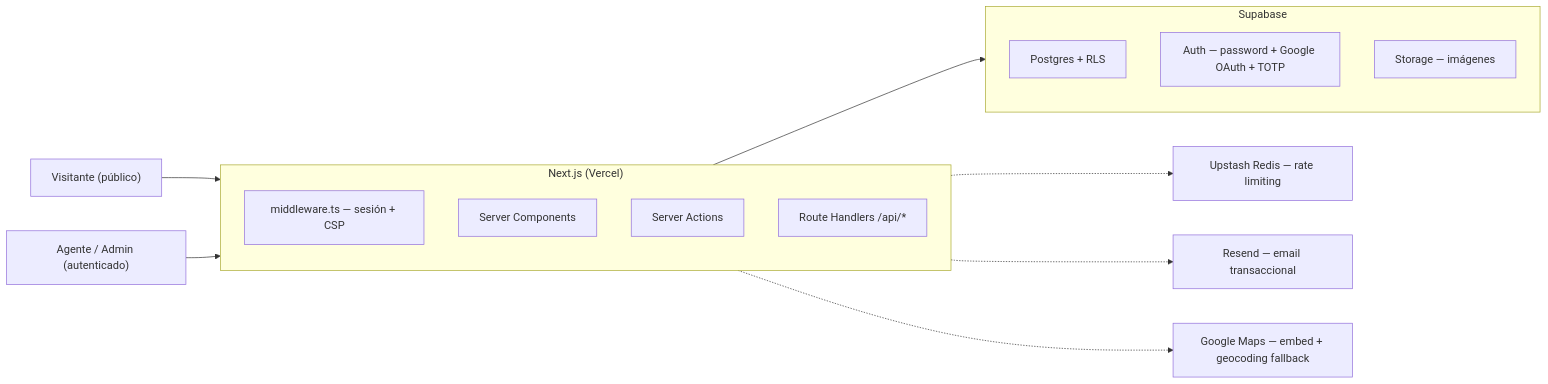
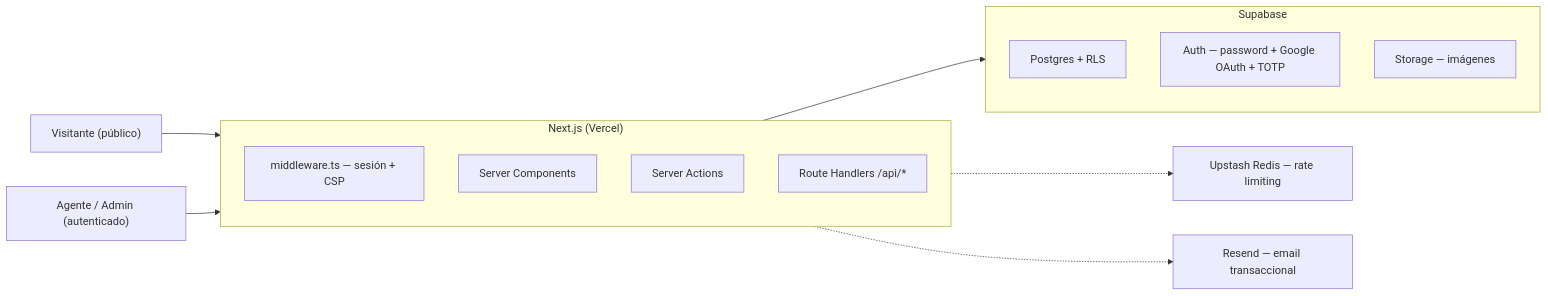
The diagram in docs/DOCUMENTACION-PROYECTO.md (diegoandres22/inmobiliaria-div-Flow), drawn with Mermaid before and after one commit. The commit also changed other lines of this file and 30 other files, not shown here.

````diff
--- a/docs/DOCUMENTACION-PROYECTO.md
+++ b/docs/DOCUMENTACION-PROYECTO.md
@@ -37,24 +36,23 @@
 ```mermaid
 flowchart LR
     Visitante["Visitante (público)"] --> Next
     Agente["Agente / Admin (autenticado)"] --> Next
 
     subgraph Next["Next.js (Vercel)"]
         MW["middleware.ts — sesión + CSP"]
         SC["Server Components"]
         SA["Server Actions"]
         RH["Route Handlers /api/*"]
     end
 
     Next --> Supabase
 
     subgraph Supabase
         PG["Postgres + RLS"]
         Auth["Auth — password + Google OAuth + TOTP"]
         Storage["Storage — imágenes"]
     end
 
     Next -.-> Upstash["Upstash Redis — rate limiting"]
     Next -.-> Resend["Resend — email transaccional"]
-    Next -.-> Maps["Google Maps — embed + geocoding fallback"]
 ```
````
